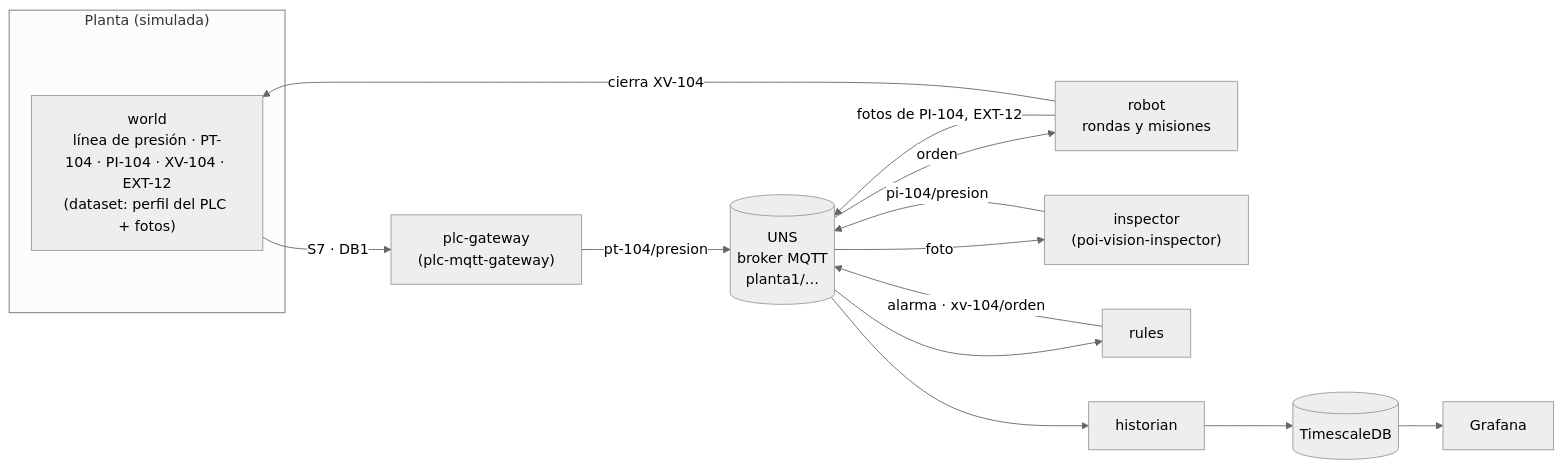
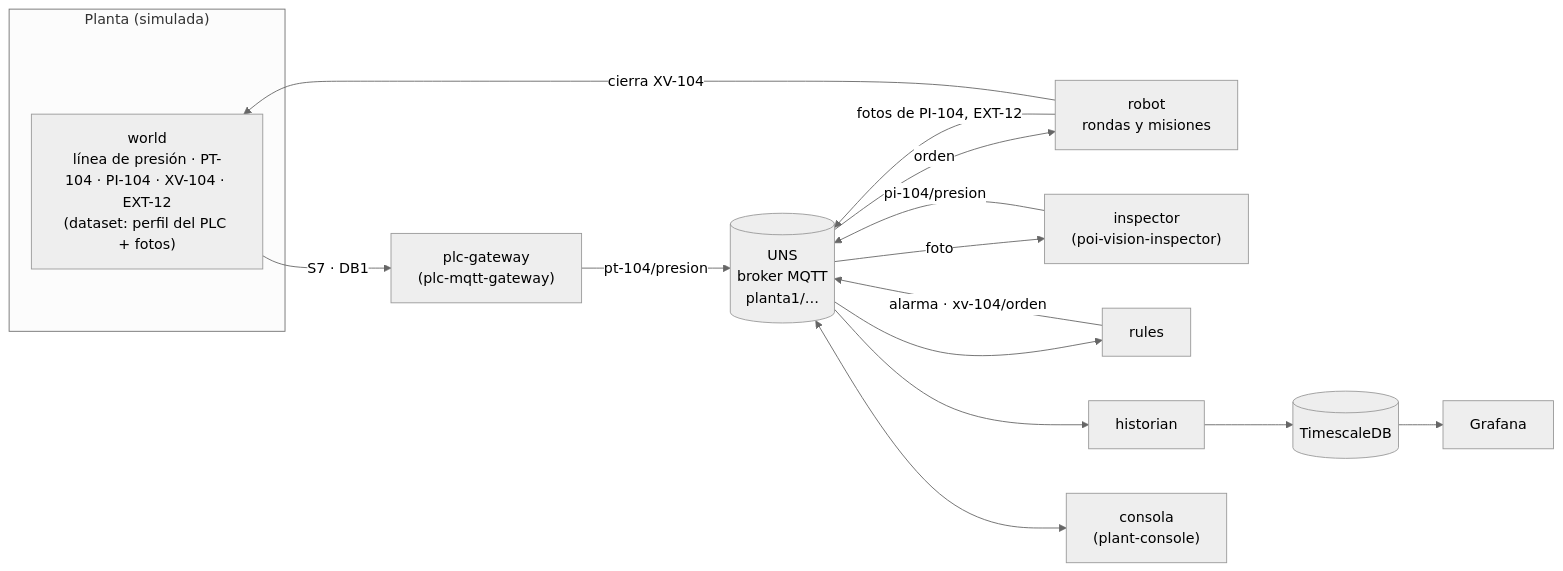
One commit to aseinotegi/industrial-uns-demo changed the diagram in README.es.md. Above: the diagram before and after it, drawn with Mermaid (neutral theme). The commit also changed other lines of this file and 14 other files, not shown here.

First line of the commit message:
Robot walks the plant map and publishes its position; rules reload; plant console

````diff
--- a/README.es.md
+++ b/README.es.md
@@ -13,17 +13,18 @@
 ```mermaid
 flowchart LR
     subgraph plant["Planta (simulada)"]
         W["world<br/>línea de presión · PT-104 · PI-104 · XV-104 · EXT-12<br/>(dataset: perfil del PLC + fotos)"]
     end
     R["robot<br/>rondas y misiones"] -- "fotos de PI-104, EXT-12" --> B
     W -- "S7 · DB1" --> G["plc-gateway<br/>(plc-mqtt-gateway)"]
     G -- "pt-104/presion" --> B
     B[("UNS<br/>broker MQTT<br/>planta1/…")]
     B -- foto --> V["inspector<br/>(poi-vision-inspector)"]
     V -- "pi-104/presion" --> B
     B --> RU["rules"]
     RU -- "alarma · xv-104/orden" --> B
     B -- orden --> R
     R -- "cierra XV-104" --> W
     B --> H["historian"] --> T[("TimescaleDB")] --> GR["Grafana"]
+    B <--> C["consola<br/>(plant-console)"]
 ```
````
